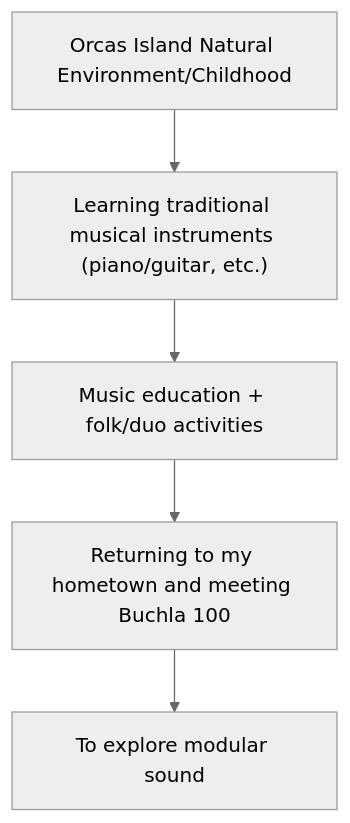
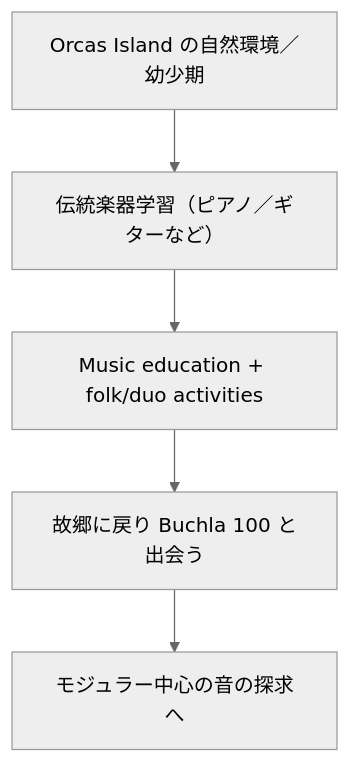
One commit to monumental-movement/monumental-movement.github.io changed the first of 2 diagrams in en/_posts/2025-12-01-column-kaitlyn-aurelia-smith.md. Above: the diagram before and after it, drawn with Mermaid (neutral theme). The commit also changed other lines of this file and 2196 other files, not shown here.

```diff
--- a/en/_posts/2025-12-01-column-kaitlyn-aurelia-smith.md
+++ b/en/_posts/2025-12-01-column-kaitlyn-aurelia-smith.md
@@ -140,7 +140,7 @@
 <div class="mermaid">
 graph TD
-    A["Orcas Island Natural Environment/Childhood"] --> B["Learning traditional musical instruments (piano/guitar, etc.)"]
+    A["Orcas Island の自然環境／幼少期"] --> B["伝統楽器学習（ピアノ／ギターなど）"]
     B --> C["Music education + folk/duo activities"]
-    C --> D["Returning to my hometown and meeting Buchla 100"]
-    D --> E["To explore modular sound"]
+    C --> D["故郷に戻り Buchla 100 と出会う"]
+    D --> E["モジュラー中心の音の探求へ"]
 </div>
```
